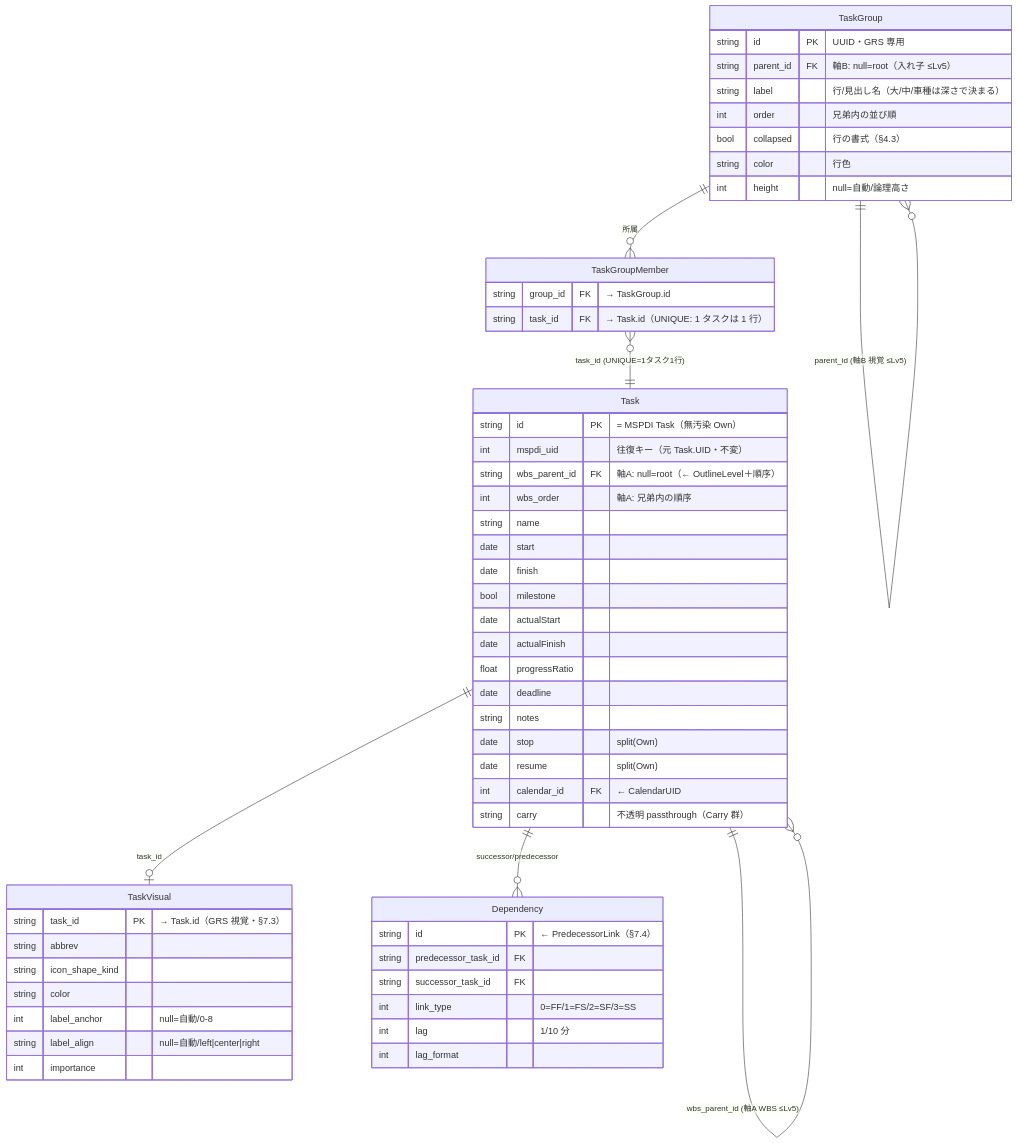
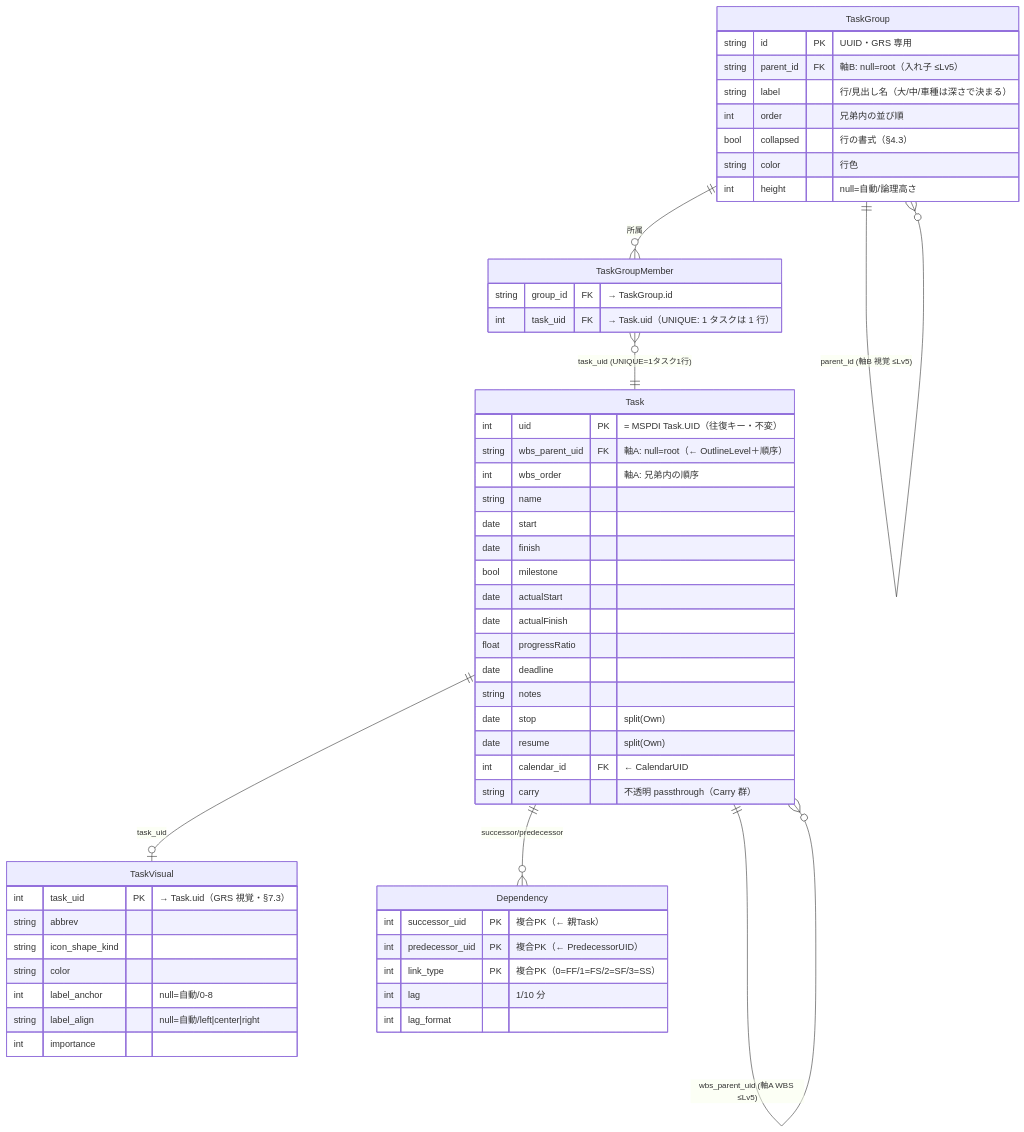
Before and after one commit to GoodRelax/gr-scheduler: the second of 2 diagrams in docs/spec/_assets/grs-data-model-ja.md, drawn with Mermaid. The commit also changed other lines of this file and 3 other files, not shown here.

````diff
--- a/docs/spec/_assets/grs-data-model-ja.md
+++ b/docs/spec/_assets/grs-data-model-ja.md
@@ -33,59 +33,57 @@
 ```mermaid
 erDiagram
-    Task ||--o{ Task : "wbs_parent_id (軸A WBS ≤Lv5)"
+    Task ||--o{ Task : "wbs_parent_uid (軸A WBS ≤Lv5)"
     TaskGroup ||--o{ TaskGroup : "parent_id (軸B 視覚 ≤Lv5)"
     TaskGroup ||--o{ TaskGroupMember : "所属"
-    TaskGroupMember }o--|| Task : "task_id (UNIQUE=1タスク1行)"
-    Task ||--o| TaskVisual : "task_id"
+    TaskGroupMember }o--|| Task : "task_uid (UNIQUE=1タスク1行)"
+    Task ||--o| TaskVisual : "task_uid"
     Task ||--o{ Dependency : "successor/predecessor"
 
     Task {
-        string id PK "= MSPDI Task（無汚染 Own）"
-        int mspdi_uid "往復キー（元 Task.UID・不変）"
-        string wbs_parent_id FK "軸A: null=root（← OutlineLevel＋順序）"
+        int uid PK "= MSPDI Task.UID（往復キー・不変）"
+        string wbs_parent_uid FK "軸A: null=root（← OutlineLevel＋順序）"
         int wbs_order "軸A: 兄弟内の順序"
         string name
         date start
         date finish
         bool milestone
         date actualStart
         date actualFinish
         float progressRatio
         date deadline
         string notes
         date stop "split(Own)"
         date resume "split(Own)"
         int calendar_id FK "← CalendarUID"
         string carry "不透明 passthrough（Carry 群）"
     }
     TaskGroup {
         string id PK "UUID・GRS 専用"
         string parent_id FK "軸B: null=root（入れ子 ≤Lv5）"
         string label "行/見出し名（大/中/車種は深さで決まる）"
         int order "兄弟内の並び順"
         bool collapsed "行の書式（§4.3）"
         string color "行色"
         int height "null=自動/論理高さ"
     }
     TaskGroupMember {
         string group_id FK "→ TaskGroup.id"
-        string task_id FK "→ Task.id（UNIQUE: 1 タスクは 1 行）"
+        int task_uid FK "→ Task.uid（UNIQUE: 1 タスクは 1 行）"
     }
     TaskVisual {
-        string task_id PK "→ Task.id（GRS 視覚・§7.3）"
+        int task_uid PK "→ Task.uid（GRS 視覚・§7.3）"
         string abbrev
         string icon_shape_kind
         string color
         int label_anchor "null=自動/0-8"
         string label_align "null=自動/left|center|right"
         int importance
     }
     Dependency {
-        string id PK "← PredecessorLink（§7.4）"
-        string predecessor_task_id FK
-        string successor_task_id FK
-        int link_type "0=FF/1=FS/2=SF/3=SS"
+        int successor_uid PK "複合PK（← 親Task）"
+        int predecessor_uid PK "複合PK（← PredecessorUID）"
+        int link_type PK "複合PK（0=FF/1=FS/2=SF/3=SS）"
         int lag "1/10 分"
         int lag_format
     }
 ```
````
